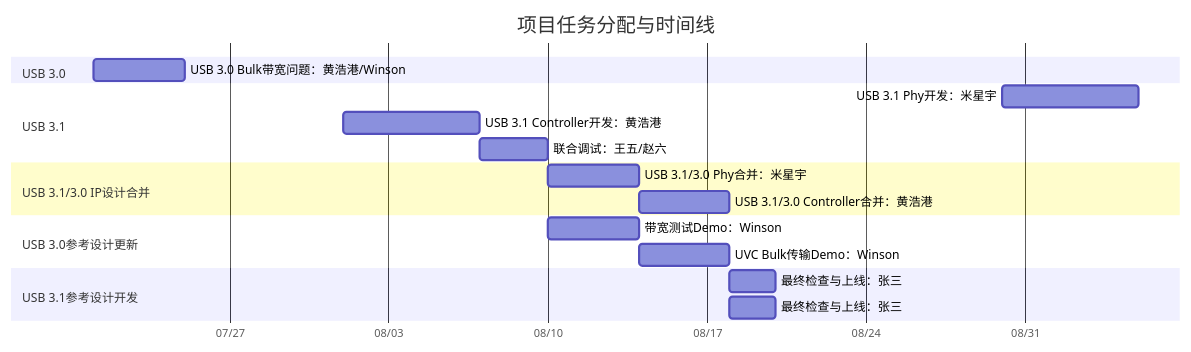
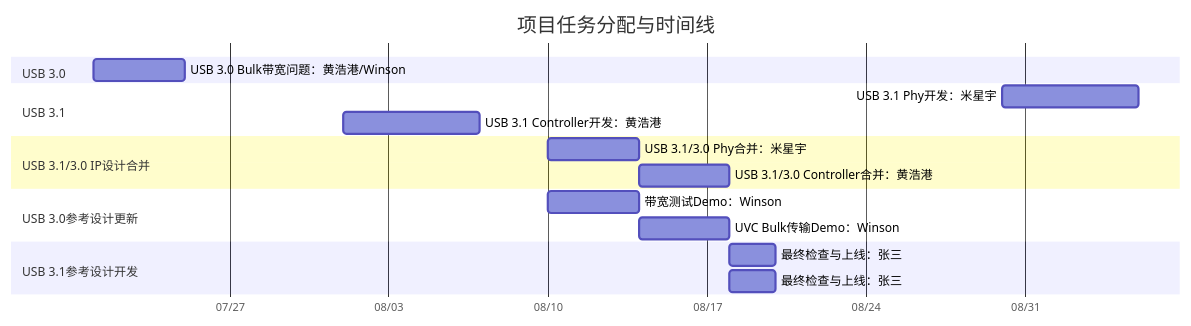
Before and after one commit to winsonbook/iodraw-files: the diagram in all/未命名.md, drawn with Mermaid.

Commit message:
2025-07-21 10:02:31 update

````diff
--- a/all/未命名.md
+++ b/all/未命名.md
@@ -1,29 +1,29 @@
 ```mermaid
 gantt
     title 项目任务分配与时间线
     dateFormat  YYYY-MM-DD
     axisFormat  %m/%d
 
     section USB 3.0
     USB 3.0 Bulk带宽问题：黄浩港/Winson   :    task1, 2025-07-21, 4d
 
     section USB 3.1
     USB 3.1 Phy开发：米星宇      :         task3, 2025-08-30, 6d
     USB 3.1 Controller开发：黄浩港      :  task4, 2025-08-01, 6d
-    联合调试：王五/赵六  :         task5, 2025-08-07, 3d
+
 
     section USB 3.1/3.0 IP设计合并
     USB 3.1/3.0 Phy合并：米星宇       :         task6, 2025-08-10, 4d
     USB 3.1/3.0 Controller合并：黄浩港       :         task7, 2025-08-14, 4d
 
     section USB 3.0参考设计更新
     带宽测试Demo：Winson       :         task6, 2025-08-10, 4d
     UVC Bulk传输Demo：Winson   :         task7, 2025-08-14, 4d
 
     section USB 3.1参考设计开发
     最终检查与上线：张三 :         task8, 2025-08-18, 2d
 
     section USB 3.1参考设计开发
     最终检查与上线：张三 :         task8, 2025-08-18, 2d
 
 ```
````
